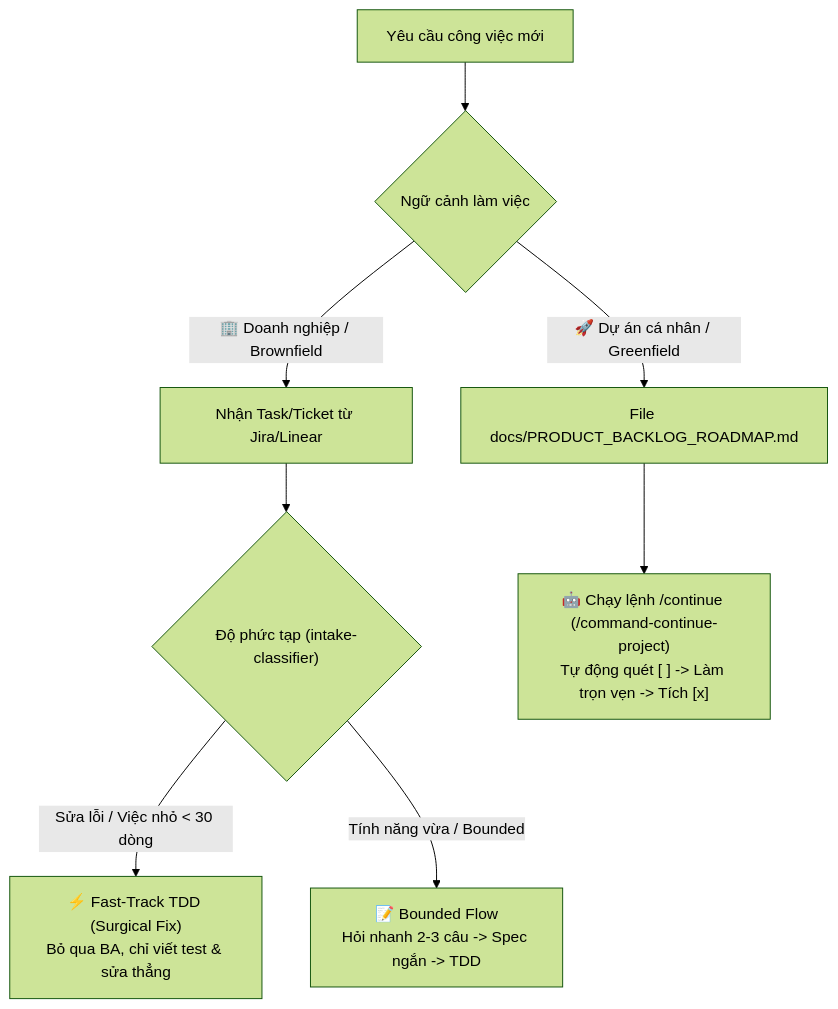
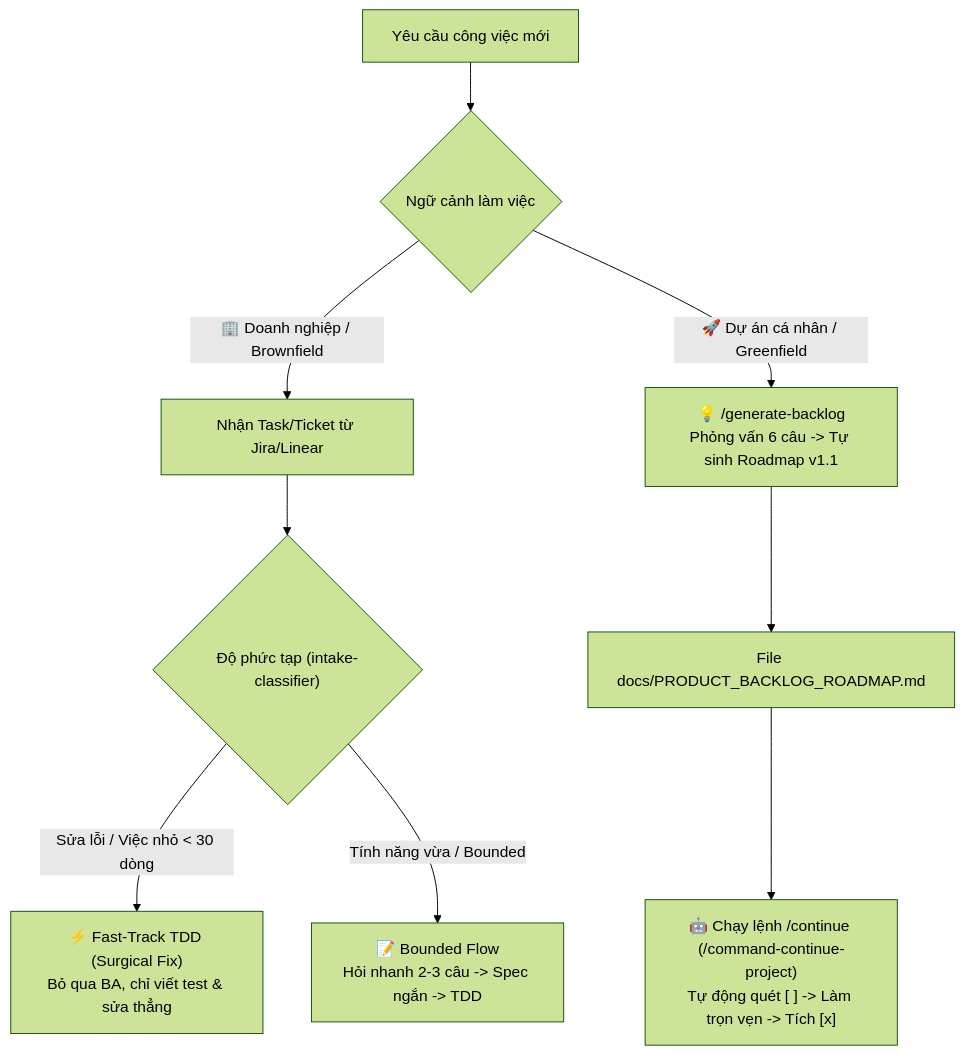
One commit to ahauy/universal-agents-workflow changed the second of 4 diagrams in README.md. Above: the diagram before and after it, drawn with Mermaid (forest theme). The commit also changed other lines of this file and 2 other files, not shown here.

Commit message:
docs(readme): add generate-backlog command and roadmap workflow

````diff
--- a/README.md
+++ b/README.md
@@ -158,12 +159,13 @@
 ```mermaid
 graph TD
     Trigger["Yêu cầu công việc mới"] --> Env{"Ngữ cảnh làm việc"}
 
     Env -->|🏢 Doanh nghiệp / Brownfield| Ticket["Nhận Task/Ticket từ Jira/Linear"]
     Ticket --> Classify{"Độ phức tạp (intake-classifier)"}
     Classify -->|Sửa lỗi / Việc nhỏ < 30 dòng| FT["⚡ Fast-Track TDD (Surgical Fix)<br/>Bỏ qua BA, chỉ viết test & sửa thẳng"]
     Classify -->|Tính năng vừa / Bounded| Light["📝 Bounded Flow<br/>Hỏi nhanh 2-3 câu -> Spec ngắn -> TDD"]
 
-    Env -->|🚀 Dự án cá nhân / Greenfield| Roadmap["File docs/PRODUCT_BACKLOG_ROADMAP.md"]
+    Env -->|🚀 Dự án cá nhân / Greenfield| Backlog["💡 /generate-backlog<br/>Phỏng vấn 6 câu -> Tự sinh Roadmap v1.1"]
+    Backlog --> Roadmap["File docs/PRODUCT_BACKLOG_ROADMAP.md"]
     Roadmap --> Auto["🤖 Chạy lệnh /continue (/command-continue-project)<br/>Tự động quét [ ] -> Làm trọn vẹn -> Tích [x]"]
 ```
````
